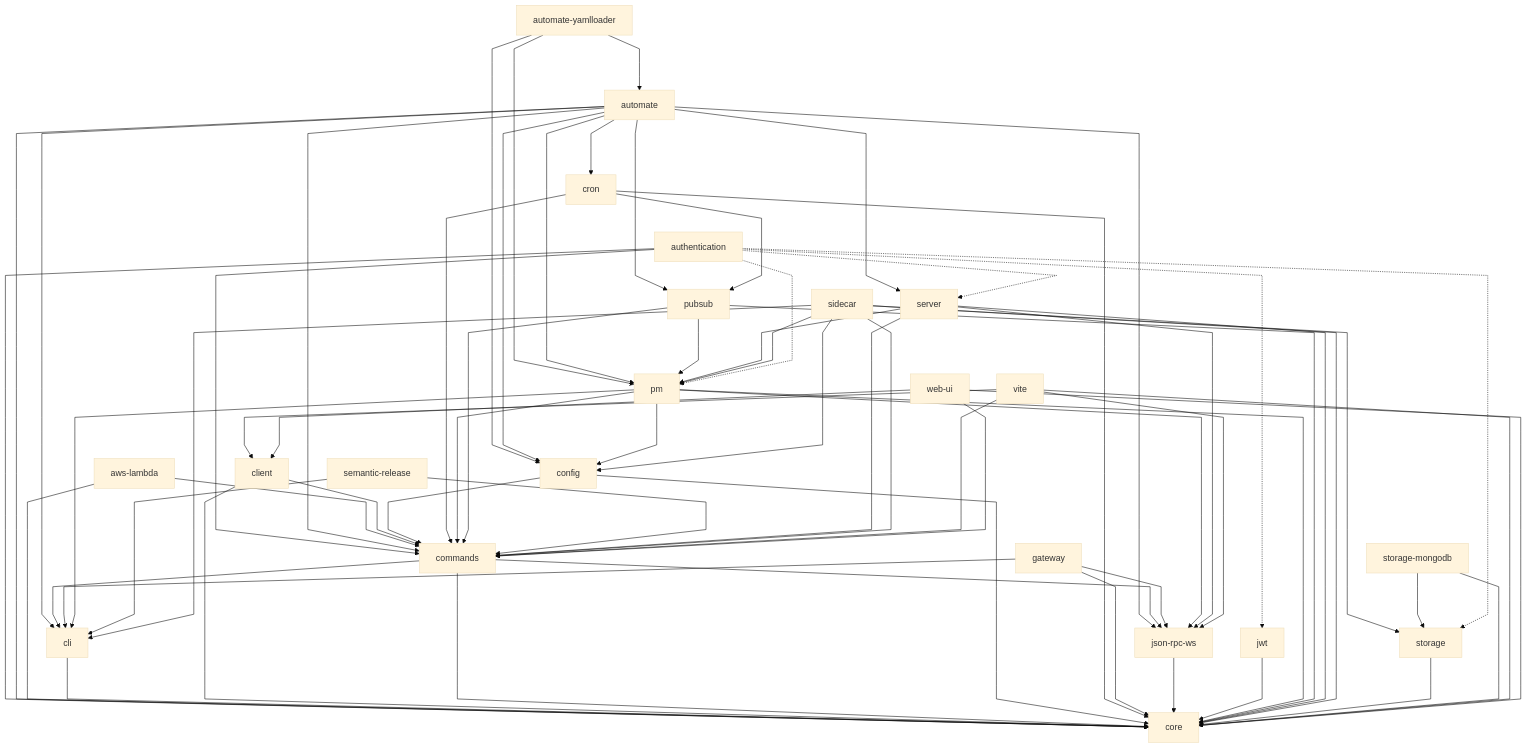
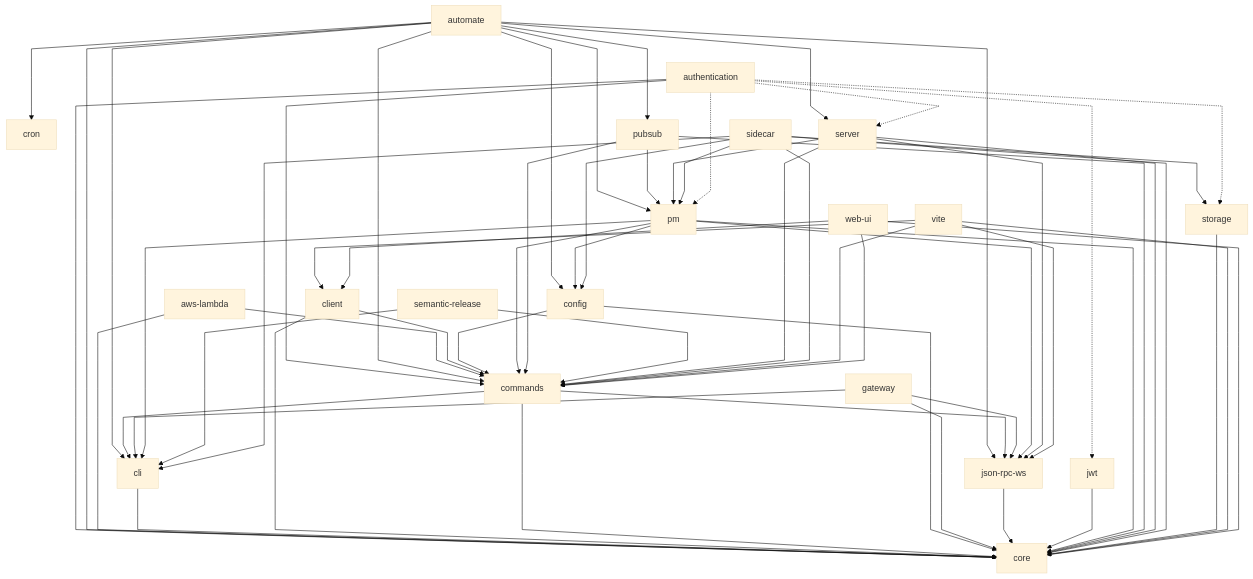
One commit to npenin/akala changed the diagram in packages/doc/index.md. Above: the diagram before and after it, drawn with Mermaid (base theme).

Commit message:
doc: simplify project dependency chart

````diff
--- a/packages/doc/index.md
+++ b/packages/doc/index.md
@@ -32,51 +32,48 @@
 ```mermaid
 %%{ init: { 'flowchart': { 'curve': 'linear' } } }%%
 flowchart TB
     authentication ---> commands & core
-   automate-yamlloader ---> automate & config & pm
-   automate ---> cli & commands & config & core & cron & json-rpc-ws & pm & pubsub & server
-   aws-lambda ---> commands & core
-   cli ---> core
-   client ---> commands & core
-   commands ---> cli & core & json-rpc-ws
-   config ---> commands & core
-   cron ---> commands & core & pubsub
-   gateway ---> cli & core & json-rpc-ws
-   json-rpc-ws ---> core
-   jwt ---> core
-   pm ---> cli & commands & config & core & json-rpc-ws
-   pubsub ---> commands & core & pm
-   semantic-release ---> cli & commands
-   server ---> commands & core & json-rpc-ws & pm
-   sidecar ---> cli & commands & config & core & pm & storage
-   storage ---> core
-   storage-mongodb ---> core & storage
-   vite ---> client & commands & core & json-rpc-ws
-   web-ui ---> client & commands & core
+    automate ---> cli & commands & config & core & cron & json-rpc-ws & pm & pubsub & server
+    aws-lambda ---> commands & core
+    cli ---> core
+    client ---> commands & core
+    commands ---> cli & core & json-rpc-ws
+    config ---> commands & core
+    gateway ---> cli & core & json-rpc-ws
+    json-rpc-ws ---> core
+    jwt ---> core
+    pm ---> cli & commands & config & core & json-rpc-ws
+    pubsub ---> commands & core & pm
+    semantic-release ---> cli & commands
+    server ---> commands & core & json-rpc-ws & pm
+    sidecar ---> cli & commands & config & core & pm & storage
+    storage ---> core
+    vite ---> client & commands & core & json-rpc-ws
+    web-ui ---> client & commands & core
     authentication -.-> jwt & pm & server & storage
 
     click authentication "_authentication" "Go to authentication documentation"
    click automate-yamlloader "_automate-yamlloader" "Go to automate-yamlloader documentation"
    click automate "_automate" "Go to automate documentation"
    click aws-lambda "_aws-lambda" "Go to aws-lambda documentation"
    click cli "_cli" "Go to cli documentation"
    click client "_client" "Go to client documentation"
    click commands "_commands" "Go to commands documentation"
    click config "_config" "Go to config documentation"
    click core "_core" "Go to core documentation"
    click cron "_cron" "Go to cron documentation"
    click gateway "_gateway" "Go to gateway documentation"
    click json-rpc-ws "_jsonrpc" "Go to json-rpc-ws documentation"
    click jwt "_jwt" "Go to jwt documentation"
    click pm "_pm" "Go to pm documentation"
    click protocol-parser "_protocol-parser" "Go to protocol-parser documentation"
    click pubsub "_pubsub" "Go to pubsub documentation"
    click semantic-release "_semantic-release" "Go to semantic-release documentation"
    click server "_server" "Go to server documentation"
    click sidecar "_sidecar" "Go to sidecar documentation"
    click storage "_storage" "Go to storage documentation"
    click storage-mongodb "_storage-mongodb" "Go to storage-mongodb documentation"
    click tacl "_tacl" "Go to tacl documentation"
    click vite "_vite" "Go to vite documentation"
    click web-ui "_web-ui" "Go to web-ui documentation"
 ```
````
